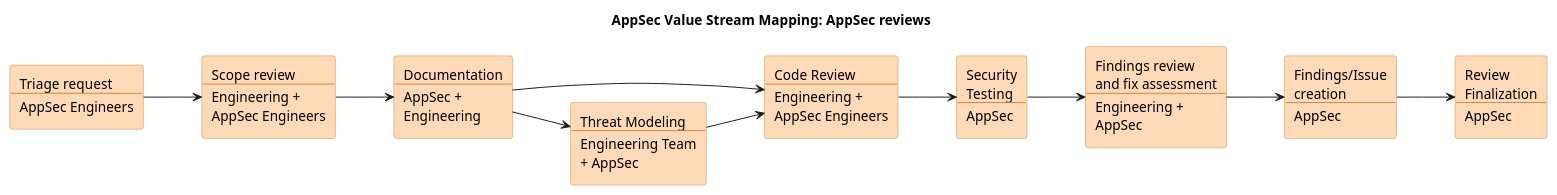
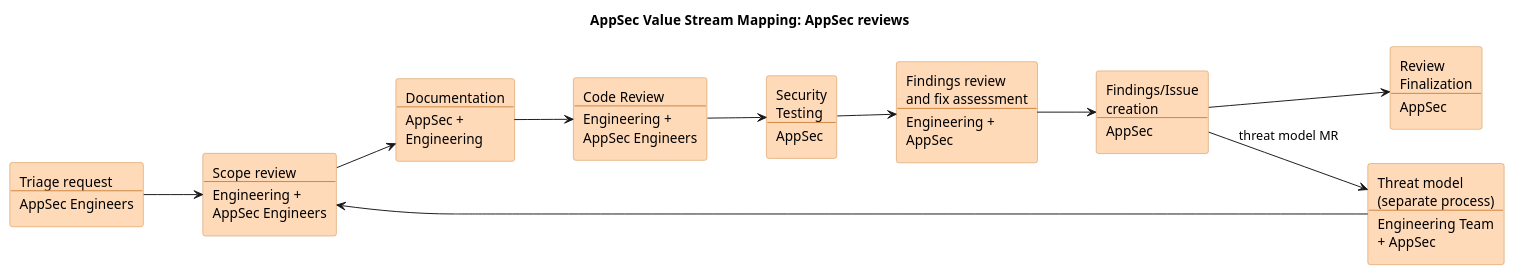
Before and after one commit to kyama0/gitlab-handbook-ja: the diagram in content/handbook/security/product-security/security-platforms-architecture/application-security/appsec-reviews.md, drawn with PlantUML. The commit also changed other lines of this file and 36 other files, not shown here.

````diff
--- a/content/handbook/security/product-security/security-platforms-architecture/application-security/appsec-reviews.md
+++ b/content/handbook/security/product-security/security-platforms-architecture/application-security/appsec-reviews.md
@@ -26,47 +26,47 @@
 ```plantuml
 @startuml AppSec_VSM_Horizontal
 
 title AppSec Value Stream Mapping: AppSec reviews
 
 left to right direction
 skinparam backgroundColor #FFFFFF
 skinparam rectangle {
     BackgroundColor #FFDAB9
     BorderColor #CD853F
 }
 
 ' Main flow boxes
 rectangle "Triage request\n---\nAppSec Engineers" as S1
 
 rectangle "Scope review\n---\nEngineering +\nAppSec Engineers" as S2
 
 rectangle "Documentation\n---\nAppSec +\nEngineering" as S3
 
 rectangle "Code Review\n---\nEngineering +\nAppSec Engineers" as S4
 
 rectangle "Security\nTesting\n---\nAppSec" as S5
 
 rectangle "Findings review\nand fix assessment\n---\nEngineering +\nAppSec" as S6
 
 rectangle "Findings/Issue\ncreation\n---\nAppSec" as S7
 
 rectangle "Review\nFinalization\n---\nAppSec" as S8
 
-' Threat Modeling - no input, feeds into Documentation
-rectangle "Threat Modeling\n---\nEngineering Team\n+ AppSec" as TM
+' Threat model - separate process that sets the review scope
+rectangle "Threat model\n(separate process)\n---\nEngineering Team\n+ AppSec" as TM
 
 ' Main flow
 S1 --> S2
 S2 --> S3
 S3 --> S4
 S4 --> S5
 S5 --> S6
 S6 --> S7
 S7 --> S8
 
-' Threat Modeling feeds into Documentation
-S3 --> TM
-TM --> S4
+' Threat model informs the scope, the review proposes threat changes by MR
+TM --> S2
+S7 --> TM : threat model MR
 
 @enduml
 ```
````
